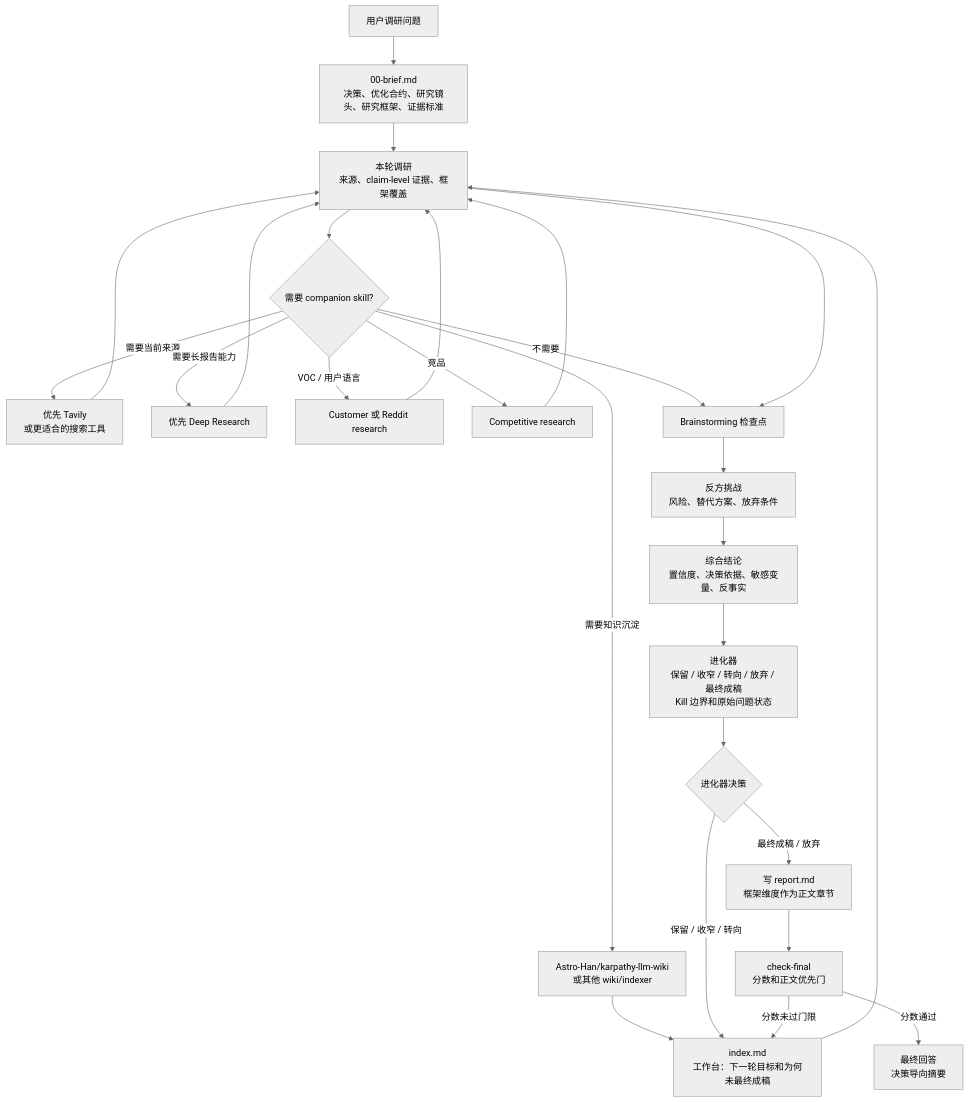
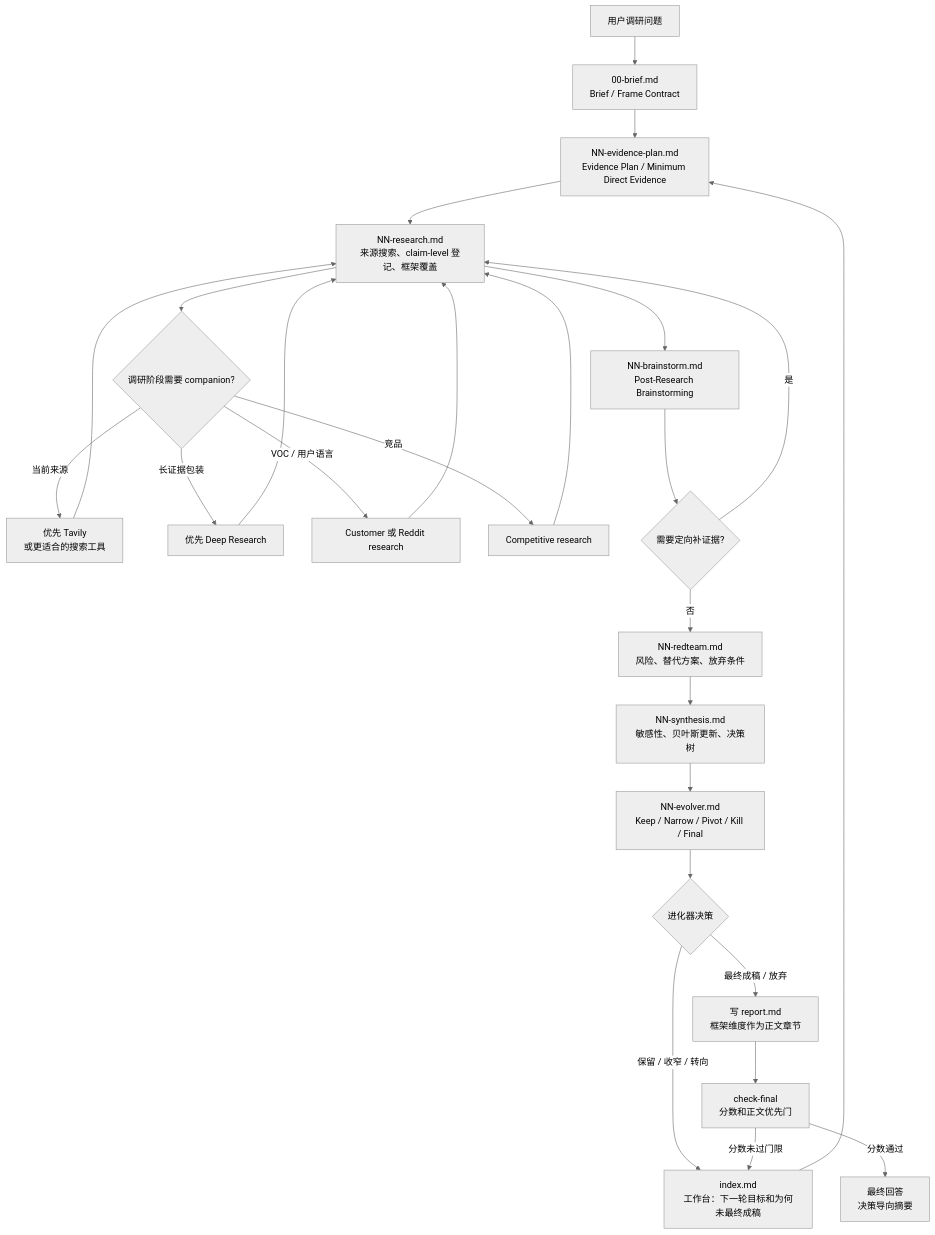
The diagram in README.zh-CN.md (GoatGit/super-survey), drawn with Mermaid (neutral theme) before and after one commit. The commit also changed other lines of this file and 7 other files, not shown here.

Commit message:
Stage survey rounds with evidence plan

````diff
--- a/README.zh-CN.md
+++ b/README.zh-CN.md
@@ -204,28 +231,28 @@
 ```mermaid
 flowchart TD
-    A[用户调研问题] --> B[00-brief.md<br/>决策、优化合约、研究镜头、研究框架、证据标准]
-    B --> C[本轮调研<br/>来源、claim-level 证据、框架覆盖]
-    C --> D{需要 companion skill?}
-    D -->|需要当前来源| D1[优先 Tavily<br/>或更适合的搜索工具]
-    D -->|需要长报告能力| D2[优先 Deep Research]
+    A[用户调研问题] --> B[00-brief.md<br/>Brief / Frame Contract]
+    B --> P[NN-evidence-plan.md<br/>Evidence Plan / Minimum Direct Evidence]
+    P --> C[NN-research.md<br/>来源搜索、claim-level 登记、框架覆盖]
+    C --> D{调研阶段需要 companion?}
+    D -->|当前来源| D1[优先 Tavily<br/>或更适合的搜索工具]
+    D -->|长证据包装| D2[优先 Deep Research]
     D -->|VOC / 用户语言| D3[Customer 或 Reddit research]
     D -->|竞品| D4[Competitive research]
-    D -->|需要知识沉淀| D5[Astro-Han/karpathy-llm-wiki<br/>或其他 wiki/indexer]
-    D -->|不需要| E[Brainstorming 检查点]
     D1 --> C
     D2 --> C
     D3 --> C
     D4 --> C
-    D5 --> I[index.md]
-    C --> E[Brainstorming 检查点]
-    E --> F[反方挑战<br/>风险、替代方案、放弃条件]
-    F --> G[综合结论<br/>置信度、决策依据、敏感变量、反事实]
-    G --> H[进化器<br/>保留 / 收窄 / 转向 / 放弃 / 最终成稿<br/>Kill 边界和原始问题状态]
+    C --> E[NN-brainstorm.md<br/>Post-Research Brainstorming]
+    E --> X{需要定向补证据?}
+    X -->|是| C
+    X -->|否| F[NN-redteam.md<br/>风险、替代方案、放弃条件]
+    F --> G[NN-synthesis.md<br/>敏感性、贝叶斯更新、决策树]
+    G --> H[NN-evolver.md<br/>Keep / Narrow / Pivot / Kill / Final]
     H --> Q{进化器决策}
     Q -->|保留 / 收窄 / 转向| I[index.md<br/>工作台：下一轮目标和为何未最终成稿]
-    I --> C
+    I --> P
     Q -->|最终成稿 / 放弃| J[写 report.md<br/>框架维度作为正文章节]
     J --> R[check-final<br/>分数和正文优先门]
     R -->|分数未过门限| I
     R -->|分数通过| K[最终回答<br/>决策导向摘要]
 ```
````
